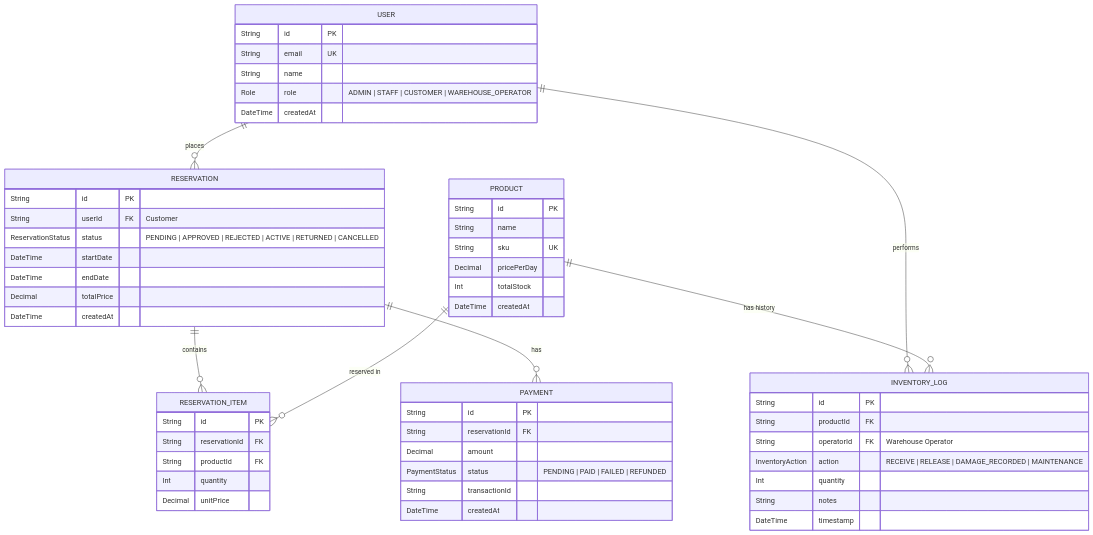
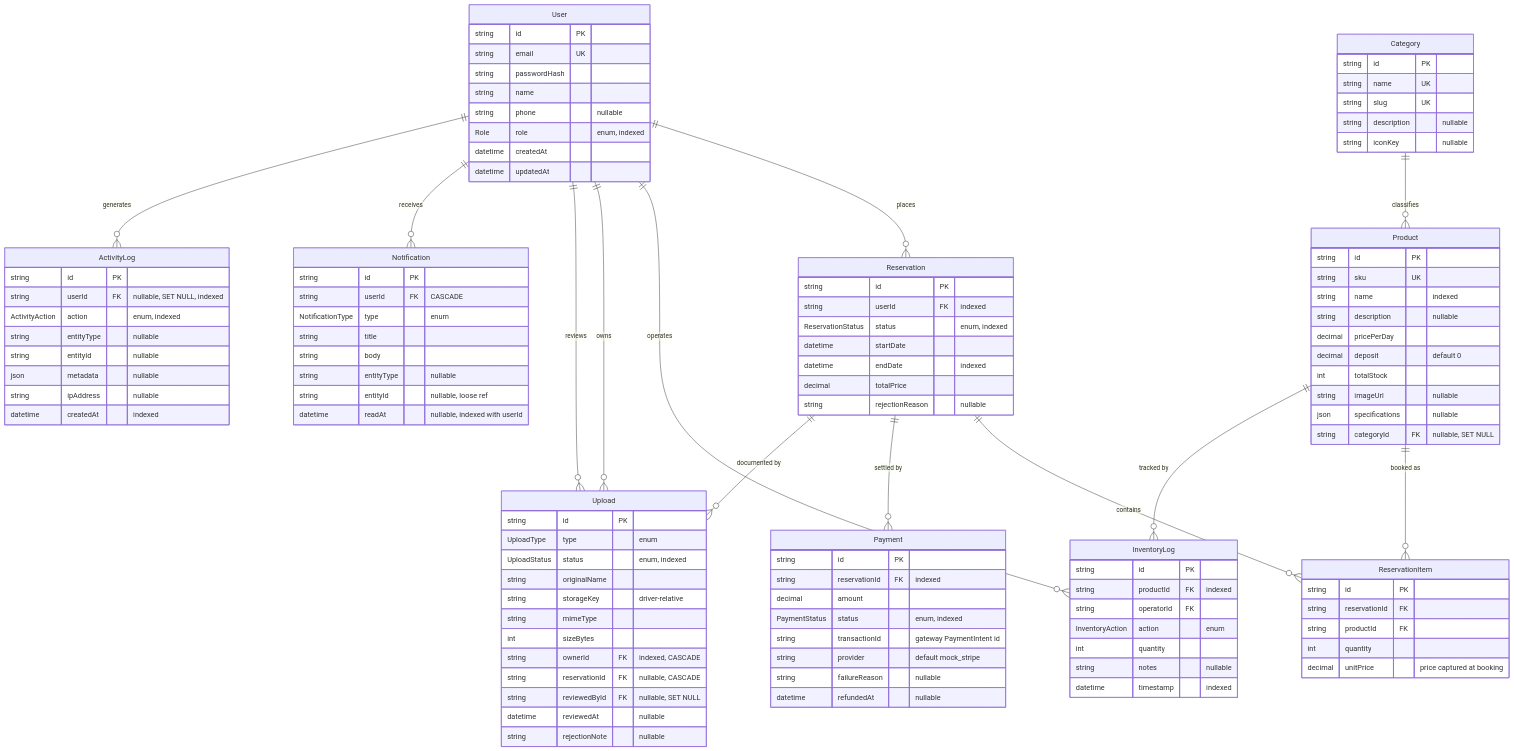
The first of 2 diagrams in erp_diagram.md (shukriahamed44/BORR), drawn with Mermaid before and after one commit. The commit also changed other lines of this file and 51 other files, not shown here.

````diff
--- a/erp_diagram.md
+++ b/erp_diagram.md
@@ -7,63 +14,125 @@
 ```mermaid
 erDiagram
-    USER {
-        String id PK
-        String email UK
-        String name
-        Role role "ADMIN | STAFF | CUSTOMER | WAREHOUSE_OPERATOR"
-        DateTime createdAt
+    User ||--o{ Reservation      : "places"
+    User ||--o{ InventoryLog     : "operates"
+    User ||--o{ Upload           : "owns"
+    User ||--o{ Upload           : "reviews"
+    User ||--o{ Notification     : "receives"
+    User ||--o{ ActivityLog      : "generates"
+
+    Category ||--o{ Product      : "classifies"
+    Product  ||--o{ ReservationItem : "booked as"
+    Product  ||--o{ InventoryLog  : "tracked by"
+
+    Reservation ||--o{ ReservationItem : "contains"
+    Reservation ||--o{ Payment         : "settled by"
+    Reservation ||--o{ Upload          : "documented by"
+
+    User {
+        string   id PK
+        string   email UK
+        string   passwordHash
+        string   name
+        string   phone "nullable"
+        Role     role "enum, indexed"
+        datetime createdAt
+        datetime updatedAt
     }
 
-    PRODUCT {
-        String id PK
-        String name
-        String sku UK
-        Decimal pricePerDay
-        Int totalStock
-        DateTime createdAt
+    Category {
+        string   id PK
+        string   name UK
+        string   slug UK
+        string   description "nullable"
+        string   iconKey "nullable"
     }
 
-    RESERVATION {
-        String id PK
-        String userId FK "Customer"
-        ReservationStatus status "PENDING | APPROVED | REJECTED | ACTIVE | RETURNED | CANCELLED"
-        DateTime startDate
-        DateTime endDate
-        Decimal totalPrice
-        DateTime createdAt
+    Product {
+        string   id PK
+        string   sku UK
+        string   name "indexed"
+        string   description "nullable"
+        decimal  pricePerDay
+        decimal  deposit "default 0"
+        int      totalStock
+        string   imageUrl "nullable"
+        json     specifications "nullable"
+        string   categoryId FK "nullable, SET NULL"
     }
 
-    RESERVATION_ITEM {
-        String id PK
-        String reservationId FK
-        String productId FK
-        Int quantity
-        Decimal unitPrice
+    Reservation {
+        string            id PK
+        string            userId FK "indexed"
+        ReservationStatus status "enum, indexed"
+        datetime          startDate
+        datetime          endDate "indexed"
+        decimal           totalPrice
+        string            rejectionReason "nullable"
     }
 
-    PAYMENT {
-        String id PK
-        String reservationId FK
-        Decimal amount
-        PaymentStatus status "PENDING | PAID | FAILED | REFUNDED"
-        String transactionId
-        DateTime createdAt
+    ReservationItem {
+        string  id PK
+        string  reservationId FK
+        string  productId FK
+        int     quantity
+        decimal unitPrice "price captured at booking"
     }
 
-    INVENTORY_LOG {
-        String id PK
-        String productId FK
-        String operatorId FK "Warehouse Operator"
-        InventoryAction action "RECEIVE | RELEASE | DAMAGE_RECORDED | MAINTENANCE"
-        Int quantity
-        String notes
-        DateTime timestamp
+    Payment {
+        string        id PK
+        string        reservationId FK "indexed"
+        decimal       amount
+        PaymentStatus status "enum, indexed"
+        string        transactionId "gateway PaymentIntent id"
+        string        provider "default mock_stripe"
+        string        failureReason "nullable"
+        datetime      refundedAt "nullable"
     }
 
-    USER ||--o{ RESERVATION : "places"
-    USER ||--o{ INVENTORY_LOG : "performs"
-    RESERVATION ||--o{ RESERVATION_ITEM : "contains"
-    PRODUCT ||--o{ RESERVATION_ITEM : "reserved in"
-    RESERVATION ||--o{ PAYMENT : "has"
-    PRODUCT ||--o{ INVENTORY_LOG : "has history"
+    InventoryLog {
+        string          id PK
+        string          productId FK "indexed"
+        string          operatorId FK
+        InventoryAction action "enum"
+        int             quantity
+        string          notes "nullable"
+        datetime        timestamp "indexed"
+    }
+
+    Upload {
+        string       id PK
+        UploadType   type "enum"
+        UploadStatus status "enum, indexed"
+        string       originalName
+        string       storageKey "driver-relative"
+        string       mimeType
+        int          sizeBytes
+        string       ownerId FK "indexed, CASCADE"
+        string       reservationId FK "nullable, CASCADE"
+        string       reviewedById FK "nullable, SET NULL"
+        datetime     reviewedAt "nullable"
+        string       rejectionNote "nullable"
+    }
+
+    Notification {
+        string           id PK
+        string           userId FK "CASCADE"
+        NotificationType type "enum"
+        string           title
+        string           body
+        string           entityType "nullable"
+        string           entityId "nullable, loose ref"
+        datetime         readAt "nullable, indexed with userId"
+    }
+
+    ActivityLog {
+        string         id PK
+        string         userId FK "nullable, SET NULL, indexed"
+        ActivityAction action "enum, indexed"
+        string         entityType "nullable"
+        string         entityId "nullable"
+        json           metadata "nullable"
+        string         ipAddress "nullable"
+        datetime       createdAt "indexed"
+    }
 ```
````
